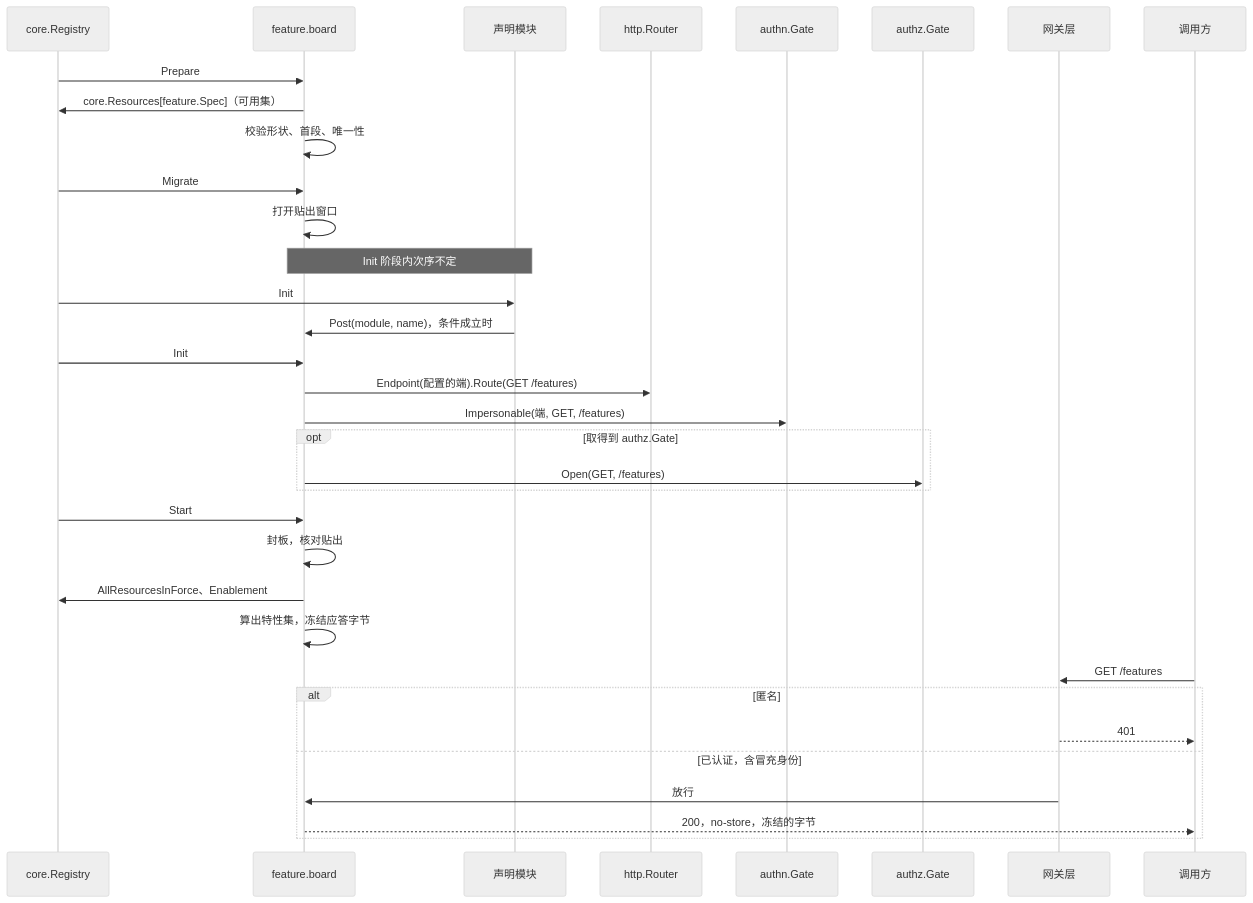
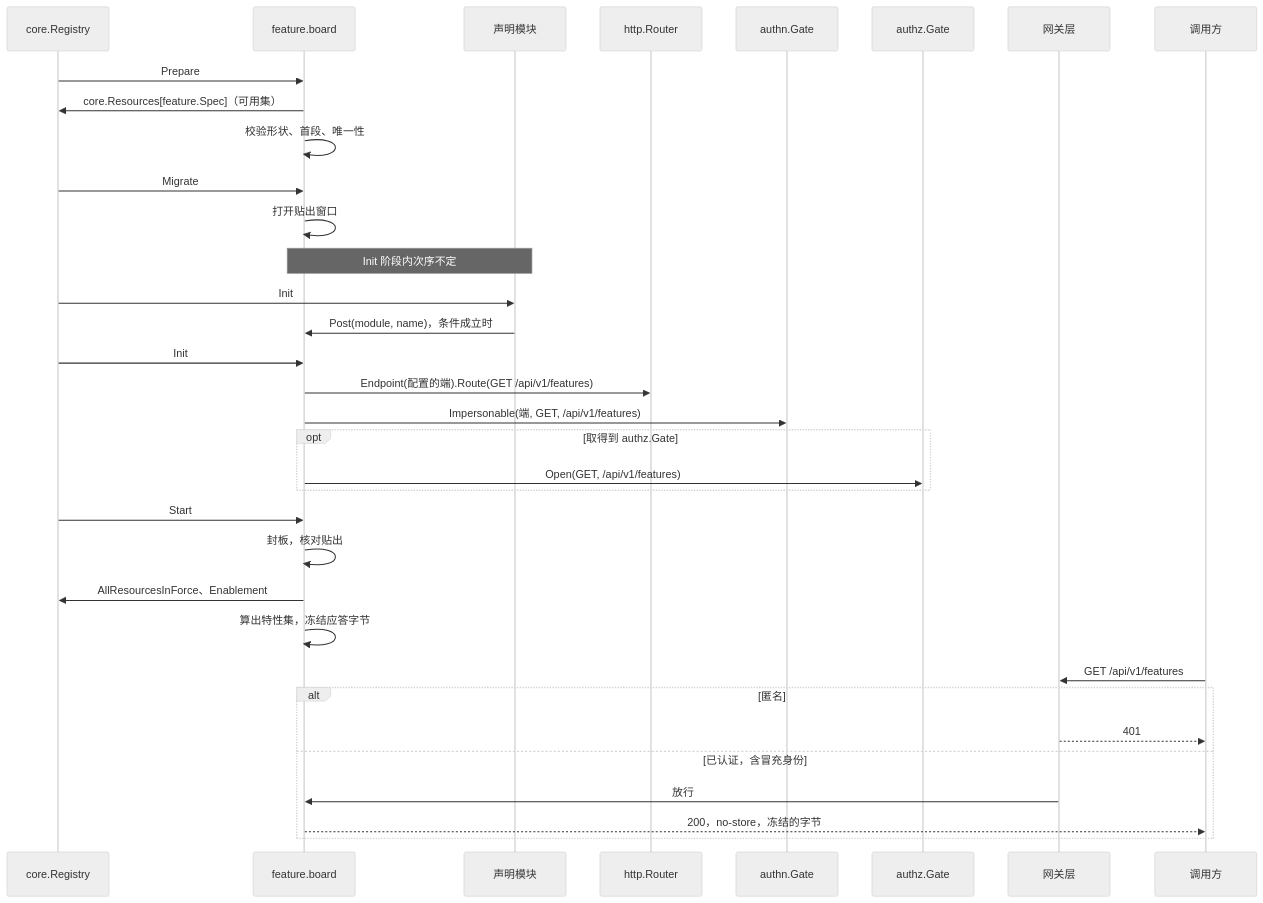
One commit to wangzw/speed changed the third of 3 diagrams in docs/design/modules/design-feature.md. Above: the diagram before and after it, drawn with Mermaid (neutral theme). The commit also changed other lines of this file and 298 other files, not shown here.

````diff
--- a/docs/design/modules/design-feature.md
+++ b/docs/design/modules/design-feature.md
@@ -218,37 +218,37 @@
 ```mermaid
 sequenceDiagram
     participant Reg as core.Registry
     participant B as feature.board
     participant M as 声明模块
     participant R as http.Router
     participant G as authn.Gate
     participant Z as authz.Gate
     participant W as 网关层
     participant C as 调用方
 
     Reg->>B: Prepare
     B->>Reg: core.Resources[feature.Spec]（可用集）
     B->>B: 校验形状、首段、唯一性
     Reg->>B: Migrate
     B->>B: 打开贴出窗口
     Note over M,B: Init 阶段内次序不定
     Reg->>M: Init
     M->>B: Post(module, name)，条件成立时
     Reg->>B: Init
-    B->>R: Endpoint(配置的端).Route(GET /features)
-    B->>G: Impersonable(端, GET, /features)
+    B->>R: Endpoint(配置的端).Route(GET /api/v1/features)
+    B->>G: Impersonable(端, GET, /api/v1/features)
     opt 取得到 authz.Gate
-        B->>Z: Open(GET, /features)
+        B->>Z: Open(GET, /api/v1/features)
     end
     Reg->>B: Start
     B->>B: 封板，核对贴出
     B->>Reg: AllResourcesInForce、Enablement
     B->>B: 算出特性集，冻结应答字节
-    C->>W: GET /features
+    C->>W: GET /api/v1/features
     alt 匿名
         W-->>C: 401
     else 已认证，含冒充身份
         W->>B: 放行
         B-->>C: 200，no-store，冻结的字节
     end
 ```
````
